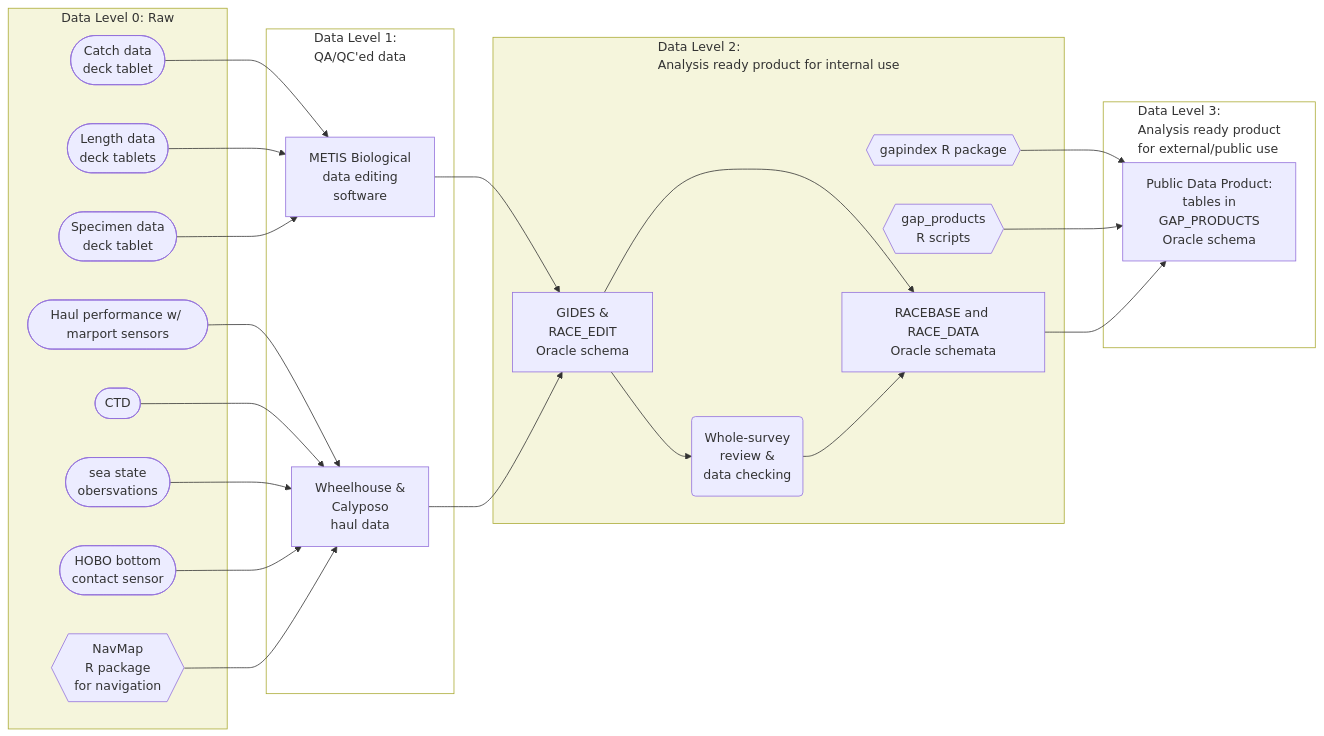
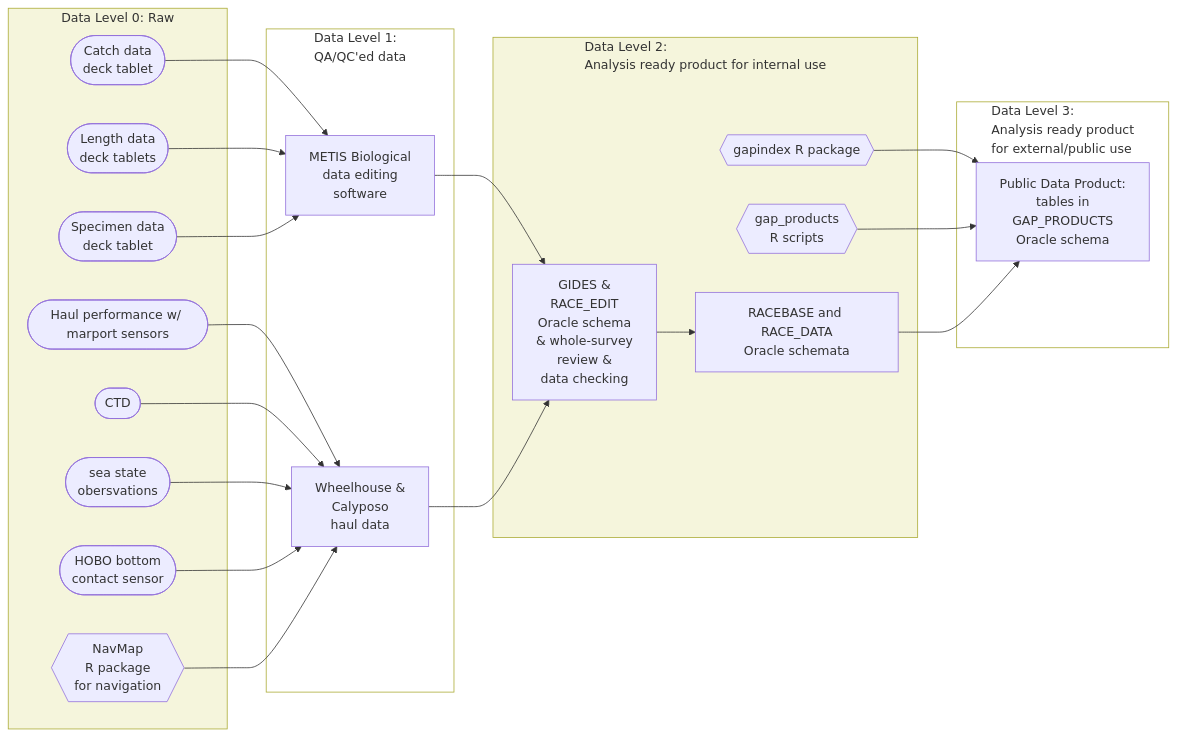
Before and after one commit to afsc-gap-products/gap_products: the first of 2 diagrams in content/intro-workflow.qmd, drawn with Mermaid. The commit also changed other lines of this file and 47 other files, not shown here.

````diff
--- a/content/intro-workflow.qmd
+++ b/content/intro-workflow.qmd
@@ -69,50 +69,47 @@
 ```{mermaid}
 %%| label: fig-workflow
 %%| fig-cap: "Simplified data workflow from boat to production."
 
 flowchart LR
   A([Catch data\ndeck tablet]) --> B1[METIS Biological\ndata editing\nsoftware]
   A1([Length data\ndeck tablets]) --> B1
   A2([Specimen data\ndeck tablet]) --> B1
   A3([Haul performance w/ marport sensors]) --> B2[Wheelhouse &\nCalyposo \nhaul data] 
   A4([CTD]) --> B2
   A5([sea state\nobersvations]) --> B2
   A6([HOBO bottom\ncontact sensor]) --> B2
   A7{{NavMap\nR package\nfor navigation}} --> B2
-  B1 --> C[GIDES &\nRACE_EDIT\nOracle schema]
+  B1 --> C[GIDES &\nRACE_EDIT\nOracle schema\n& whole-survey\nreview &\ndata checking]
   B2 --> C
-  C --> C1
   C --> D[RACEBASE and RACE_DATA\nOracle schemata]
-  C1(Whole-survey\nreview &\ndata checking) --> D
   D1{{gapindex R package}} --> F[Public Data Product:\ntables in\nGAP_PRODUCTS\nOracle schema]
   D2{{gap_products\nR scripts}} --> F
   D --> F
   subgraph AA[Data Level 0: Raw]
   A
   A1
   A2
   A3
   A4
   A5
   A6
   A7
   end
   subgraph BB[Data Level 1:\nQA/QC'ed data]
   B1
   B2
   end
   subgraph CC[Data Level 2:\nAnalysis ready product for internal use]
   C
-  C1
   D
   D1
   D2
   end
   subgraph FF[Data Level 3:\nAnalysis ready product\nfor external/public use]
   F
   end
   style AA fill:beige,::
   style BB fill:white,::
   style CC fill:beige,::
   style FF fill:white,::
 ```
````
